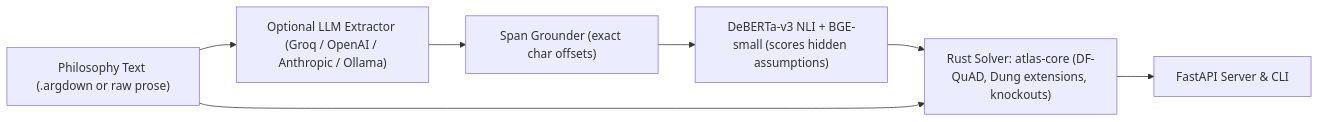
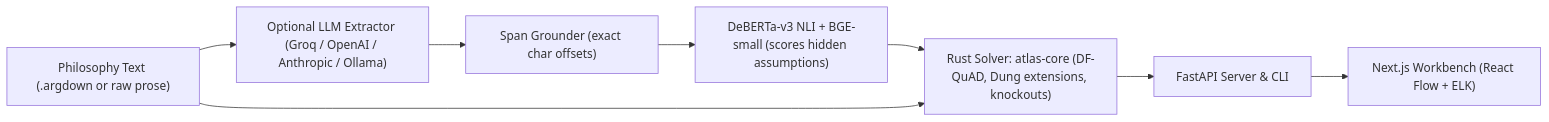
One commit to Bunlong-Prak/Philosophical-argument-atlas changed the diagram in README.md. Above: the diagram before and after it, drawn with Mermaid. The commit also changed other lines of this file and 10 other files, not shown here.

````diff
--- a/README.md
+++ b/README.md
@@ -40,9 +40,10 @@
 ```mermaid
 flowchart LR
     Text["Philosophy Text (.argdown or raw prose)"] --> LLM["Optional LLM Extractor (Groq / OpenAI / Anthropic / Ollama)"]
     LLM --> Ground["Span Grounder (exact char offsets)"]
     Ground --> NLI["DeBERTa-v3 NLI + BGE-small (scores hidden assumptions)"]
     NLI --> Rust["Rust Solver: atlas-core (DF-QuAD, Dung extensions, knockouts)"]
     Text --> Rust
     Rust --> API["FastAPI Server & CLI"]
+    API --> UI["Next.js Workbench (React Flow + ELK)"]
 ```
````
